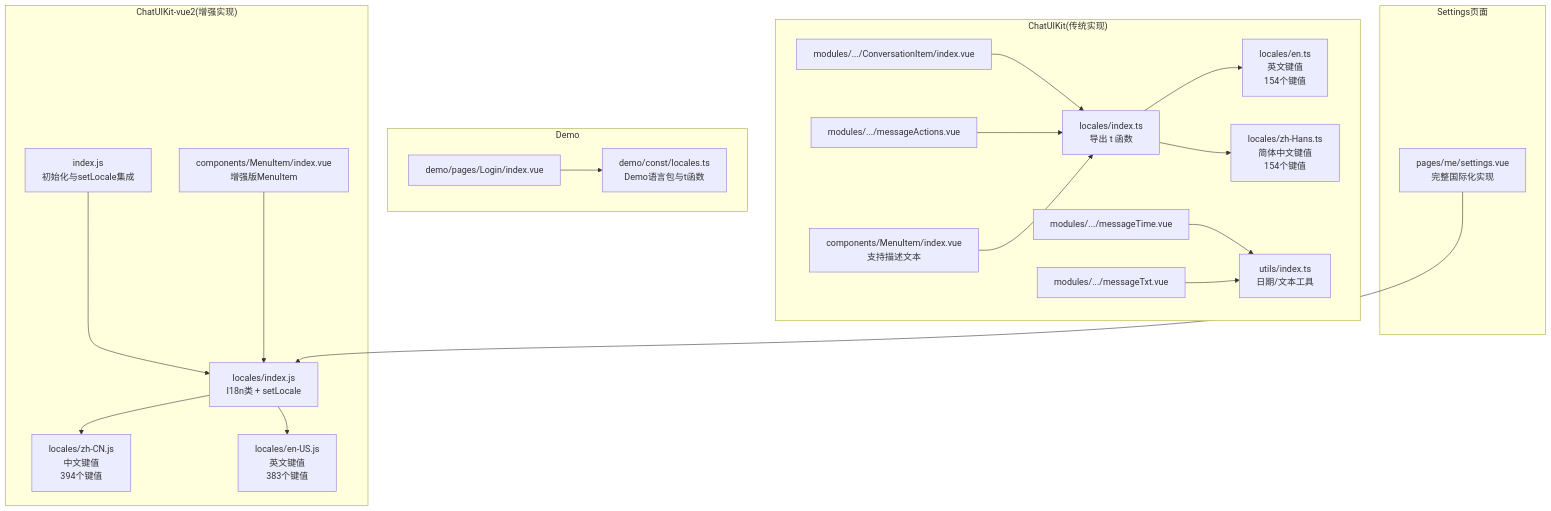
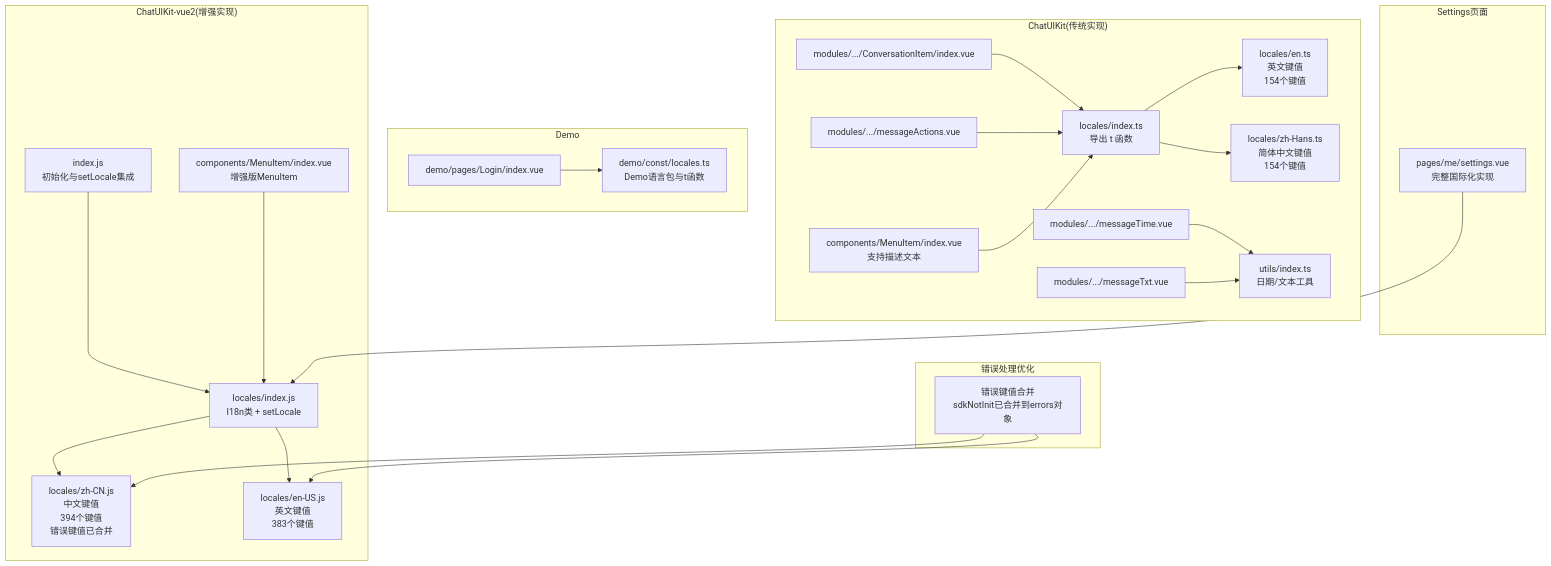
One commit to Easemob-Community/easemob-uikit-uniapp-community changed the first of 6 diagrams in .qoder/repowiki/zh/content/国际化系统.md. Above: the diagram before and after it, drawn with Mermaid. The commit also changed other lines of this file and 5 other files, not shown here.

````diff
--- a/.qoder/repowiki/zh/content/国际化系统.md
+++ b/.qoder/repowiki/zh/content/国际化系统.md
@@ -75,41 +77,46 @@
 ```mermaid
 graph TB
 subgraph "ChatUIKit(传统实现)"
 LIdx["locales/index.ts<br/>导出 t 函数"]
 LEN["locales/en.ts<br/>英文键值<br/>154个键值"]
 LZHS["locales/zh-Hans.ts<br/>简体中文键值<br/>154个键值"]
 UIdx["utils/index.ts<br/>日期/文本工具"]
 MTime["modules/.../messageTime.vue"]
 MItem["modules/.../ConversationItem/index.vue"]
 MTxt["modules/.../messageTxt.vue"]
 MAct["modules/.../messageActions.vue"]
 MenuItem["components/MenuItem/index.vue<br/>支持描述文本"]
 end
 subgraph "ChatUIKit-vue2(增强实现)"
 VIdx["locales/index.js<br/>I18n类 + setLocale"]
-VZH["locales/zh-CN.js<br/>中文键值<br/>394个键值"]
+VZH["locales/zh-CN.js<br/>中文键值<br/>394个键值<br/>错误键值已合并"]
 VEN["locales/en-US.js<br/>英文键值<br/>383个键值"]
 VInit["index.js<br/>初始化与setLocale集成"]
 VMenuItem["components/MenuItem/index.vue<br/>增强版MenuItem"]
 end
 subgraph "Demo"
 DLoc["demo/const/locales.ts<br/>Demo语言包与t函数"]
 DLogin["demo/pages/Login/index.vue"]
 end
 subgraph "Settings页面"
 Settings["pages/me/settings.vue<br/>完整国际化实现"]
+end
+subgraph "错误处理优化"
+ErrMerge["错误键值合并<br/>sdkNotInit已合并到errors对象"]
 end
 LIdx --> LEN
 LIdx --> LZHS
 VIdx --> VZH
 VIdx --> VEN
 VInit --> VIdx
 MTime --> UIdx
 MItem --> LIdx
 MTxt --> UIdx
 MAct --> LIdx
 MenuItem --> LIdx
 VMenuItem --> VIdx
 Settings --> VIdx
 DLogin --> DLoc
+ErrMerge --> VZH
+ErrMerge --> VEN
 ```
````
